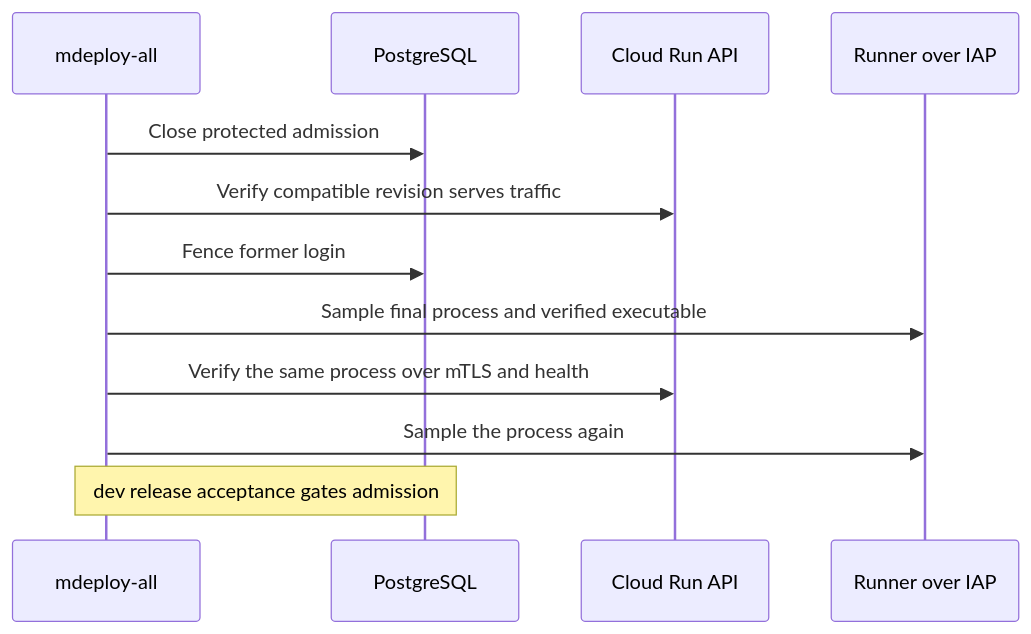
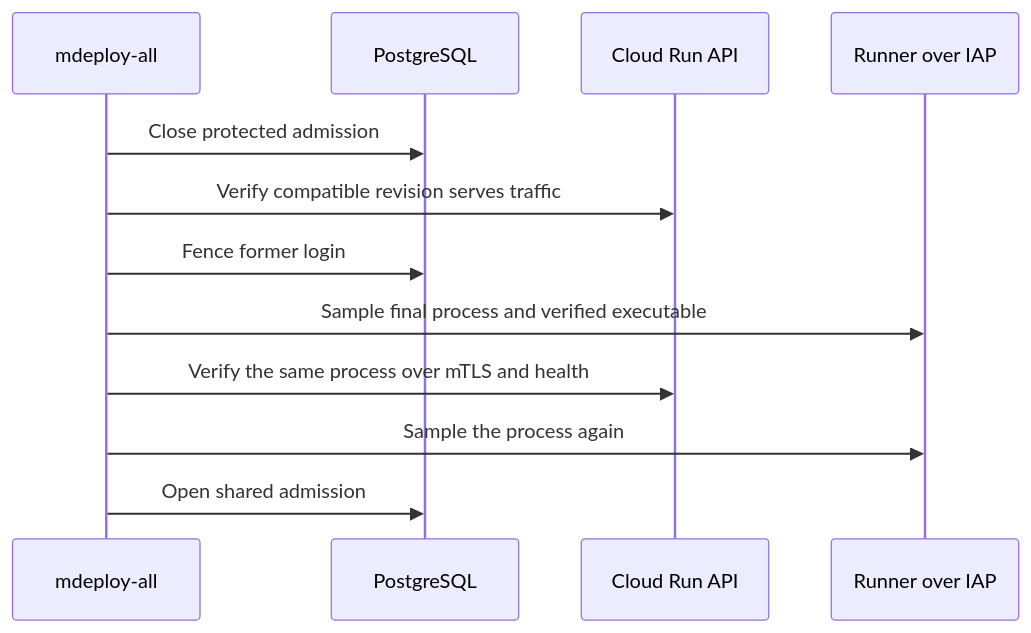
Before and after one commit to boxlite-ai/boxlite: the fifth of 7 diagrams in docs/contributing/architecture/outbound-proxy-contract.md, drawn with Mermaid. The commit also changed other lines of this file and 20 other files, not shown here.

First line of the commit message:
fix(infra): open V2 proxy admission in the rollout

````diff
--- a/docs/contributing/architecture/outbound-proxy-contract.md
+++ b/docs/contributing/architecture/outbound-proxy-contract.md
@@ -367,14 +367,14 @@
 ```mermaid
 sequenceDiagram
     participant CI as mdeploy-all
     participant SQL as PostgreSQL
     participant API as Cloud Run API
     participant Host as Runner over IAP
     CI->>SQL: Close protected admission
     CI->>API: Verify compatible revision serves traffic
     CI->>SQL: Fence former login
     CI->>Host: Sample final process and verified executable
     CI->>API: Verify the same process over mTLS and health
     CI->>Host: Sample the process again
-    Note over CI,SQL: dev release acceptance gates admission
+    CI->>SQL: Open shared admission
 ```
````
